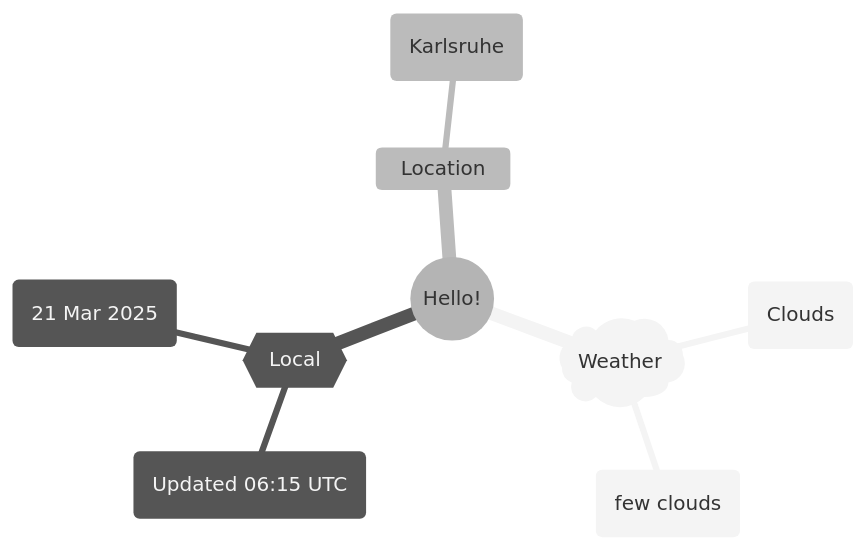
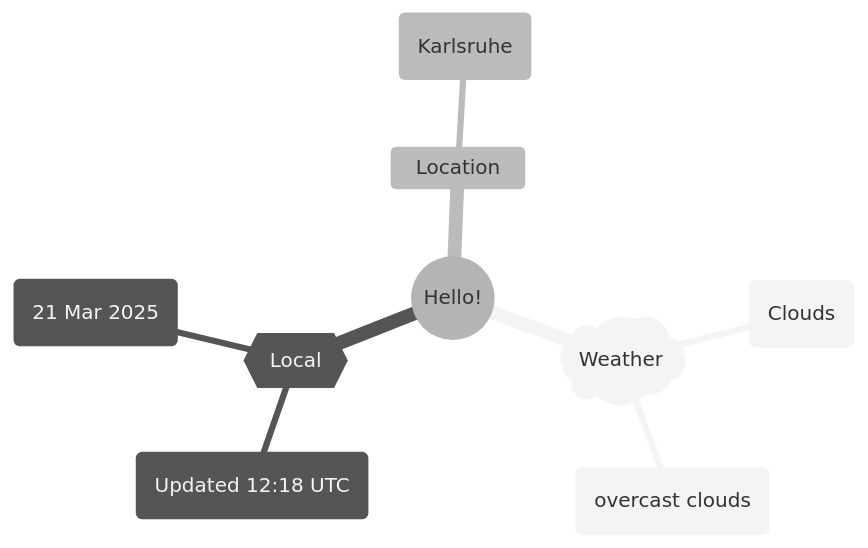
Before and after one commit to Xosrov/Xosrov: the first of 2 diagrams in README.md, drawn with Mermaid (neutral theme).

Commit message:
[bot] updated images

````diff
--- a/README.md
+++ b/README.md
@@ -3,12 +3,12 @@
 ```mermaid
 mindmap
   root((Hello!))
     )Weather(
         (Clouds)
-        (few clouds)
+        (overcast clouds)
     {{Local}}
-        (Updated 06:15 UTC)
+        (Updated 12:18 UTC)
         (21 Mar 2025)
     Location
         (Karlsruhe)
 ```
````
